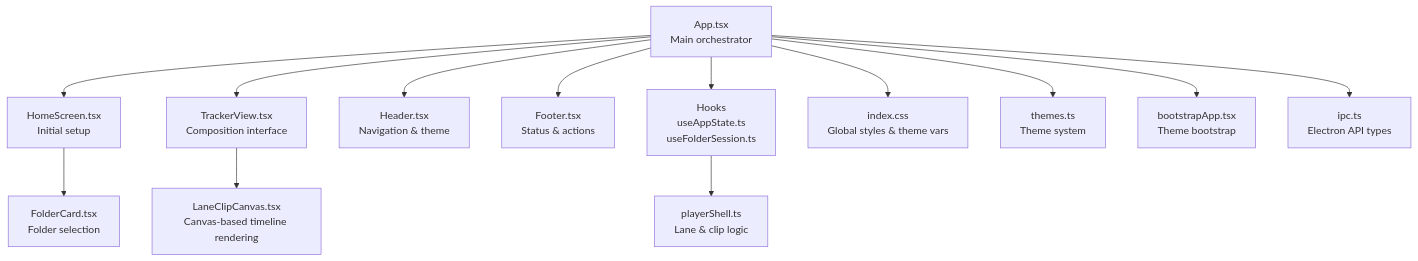
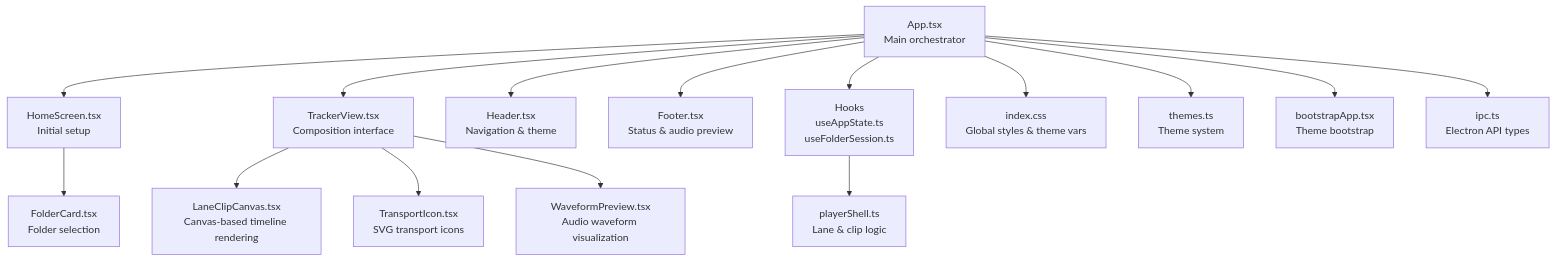
Before and after one commit to satyrlord/mixjam-electron: the first of 8 diagrams in .qoder/repowiki/en/content/Core Components/UI Components.md, drawn with Mermaid. The commit also changed other lines of this file and 37 other files, not shown here.

First line of the commit message:
feat(footer): add waveform preview for selected samples

````diff
--- a/.qoder/repowiki/en/content/Core Components/UI Components.md
+++ b/.qoder/repowiki/en/content/Core Components/UI Components.md
@@ -47,15 +50,17 @@
 ```mermaid
 graph TB
 App["App.tsx<br/>Main orchestrator"] --> Home["HomeScreen.tsx<br/>Initial setup"]
 App --> Tracker["TrackerView.tsx<br/>Composition interface"]
 Home --> FolderCard["FolderCard.tsx<br/>Folder selection"]
 Tracker --> LaneClipCanvas["LaneClipCanvas.tsx<br/>Canvas-based timeline rendering"]
+Tracker --> TransportIcon["TransportIcon.tsx<br/>SVG transport icons"]
+Tracker --> WaveformPreview["WaveformPreview.tsx<br/>Audio waveform visualization"]
 App --> Header["Header.tsx<br/>Navigation & theme"]
-App --> Footer["Footer.tsx<br/>Status & actions"]
+App --> Footer["Footer.tsx<br/>Status & audio preview"]
 App --> Hooks["Hooks<br/>useAppState.ts<br/>useFolderSession.ts"]
 Hooks --> PlayerShell["playerShell.ts<br/>Lane & clip logic"]
 App --> Styles["index.css<br/>Global styles & theme vars"]
 App --> Themes["themes.ts<br/>Theme system"]
 App --> Bootstrap["bootstrapApp.tsx<br/>Theme bootstrap"]
 App --> IPC["ipc.ts<br/>Electron API types"]
 ```
````
